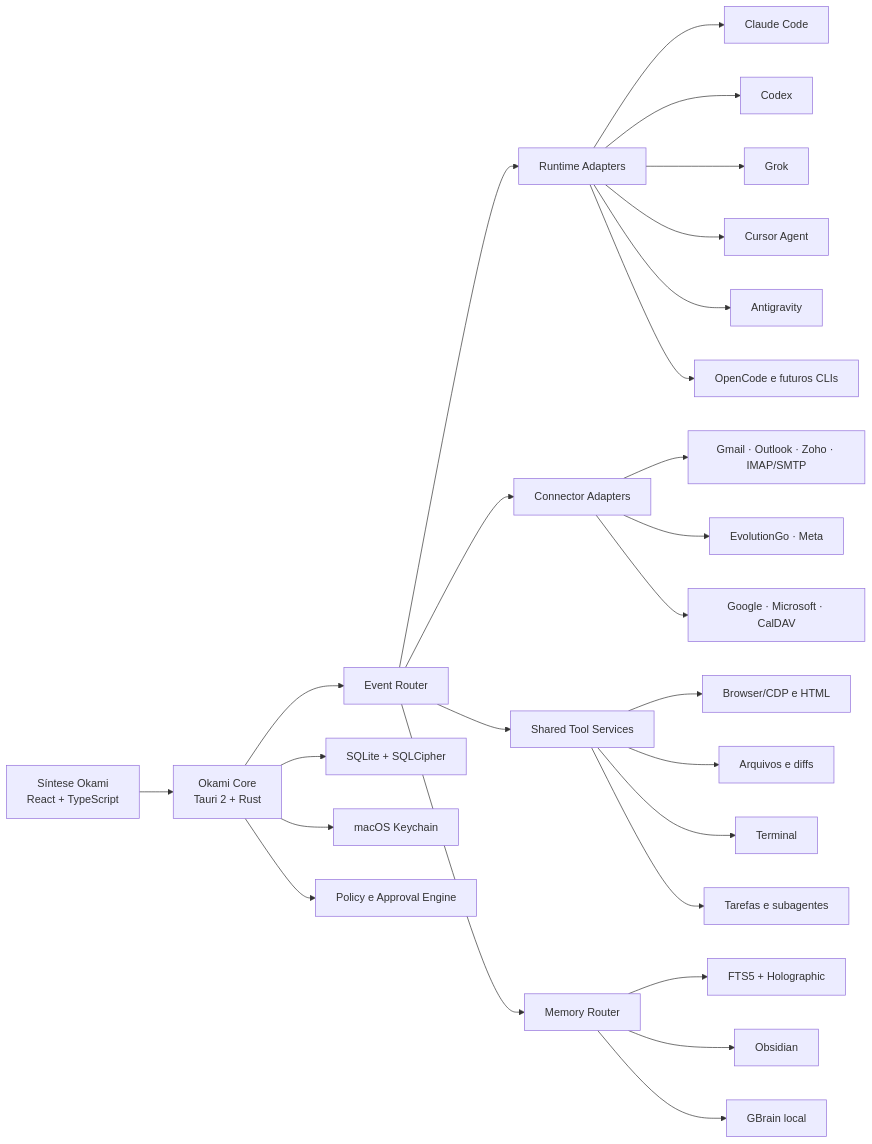
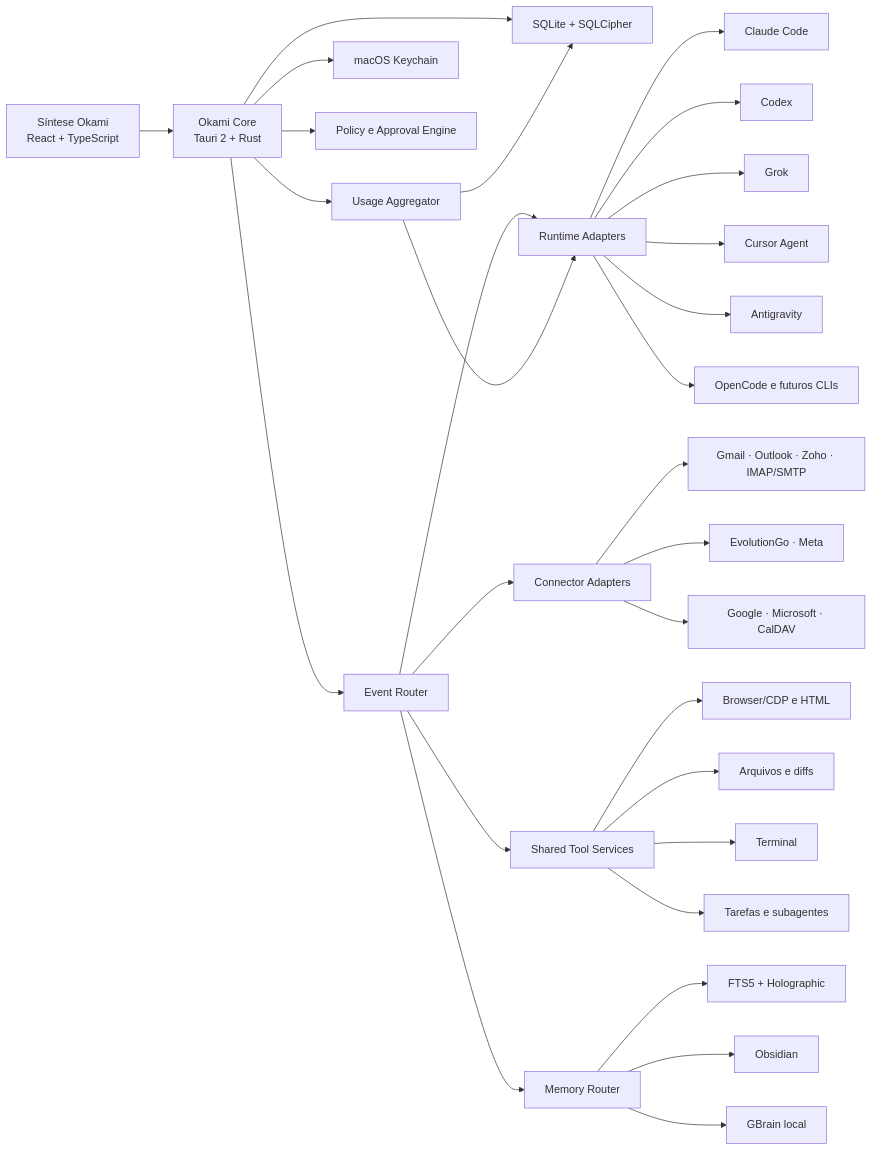
One commit to OkamiOps/OkamiCode changed the diagram in docs/superpowers/specs/2026-07-17-okami-workbench-unified-desktop-design.md. Above: the diagram before and after it, drawn with Mermaid. The commit also changed other lines of this file, not shown here.

Commit message:
docs: add unified usage control center

````diff
--- a/docs/superpowers/specs/2026-07-17-okami-workbench-unified-desktop-design.md
+++ b/docs/superpowers/specs/2026-07-17-okami-workbench-unified-desktop-design.md
@@ -129,34 +134,38 @@
 ```mermaid
 flowchart LR
     UI["Síntese Okami<br/>React + TypeScript"] --> CORE["Okami Core<br/>Tauri 2 + Rust"]
 
     CORE --> EVENTS["Event Router"]
     CORE --> DB["SQLite + SQLCipher"]
     CORE --> KEYCHAIN["macOS Keychain"]
     CORE --> POLICY["Policy e Approval Engine"]
+    CORE --> USAGE["Usage Aggregator"]
 
     EVENTS --> RUNTIMES["Runtime Adapters"]
     EVENTS --> CONNECTORS["Connector Adapters"]
     EVENTS --> TOOLS["Shared Tool Services"]
     EVENTS --> MEMORY["Memory Router"]
 
     RUNTIMES --> CLAUDE["Claude Code"]
     RUNTIMES --> CODEX["Codex"]
     RUNTIMES --> GROK["Grok"]
     RUNTIMES --> CURSOR["Cursor Agent"]
     RUNTIMES --> AGY["Antigravity"]
     RUNTIMES --> OTHER["OpenCode e futuros CLIs"]
 
     CONNECTORS --> EMAIL["Gmail · Outlook · Zoho · IMAP/SMTP"]
     CONNECTORS --> WA["EvolutionGo · Meta"]
     CONNECTORS --> CAL["Google · Microsoft · CalDAV"]
 
     TOOLS --> BROWSER["Browser/CDP e HTML"]
     TOOLS --> FILES["Arquivos e diffs"]
     TOOLS --> TERMINAL["Terminal"]
     TOOLS --> SUBAGENTS["Tarefas e subagentes"]
 
     MEMORY --> FTS["FTS5 + Holographic"]
     MEMORY --> OBSIDIAN["Obsidian"]
     MEMORY --> GBRAIN["GBrain local"]
+
+    USAGE --> RUNTIMES
+    USAGE --> DB
 ```
````
